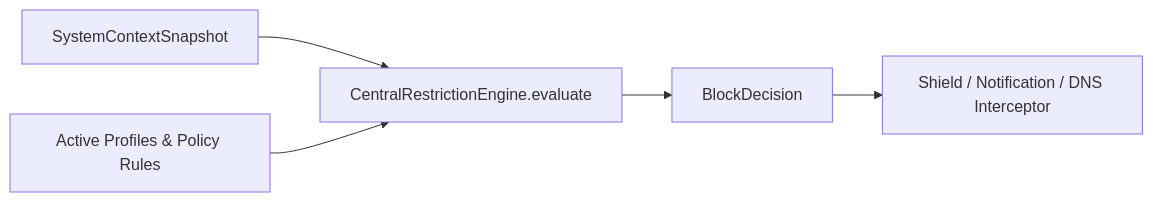
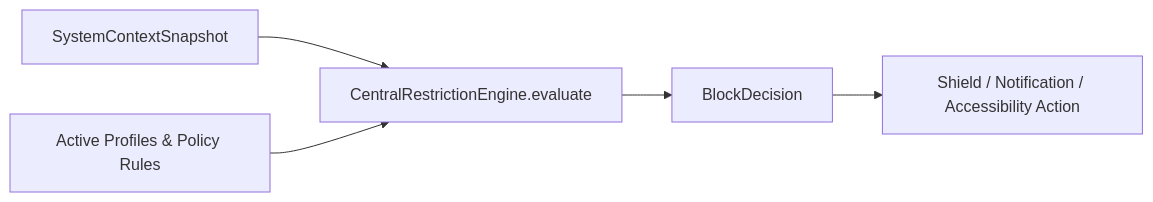
One commit to vinayr-07/TakeBack changed the first of 2 diagrams in docs/restriction-engine-specification.md. Above: the diagram before and after it, drawn with Mermaid. The commit also changed other lines of this file and 20 other files, not shown here.

````diff
--- a/docs/restriction-engine-specification.md
+++ b/docs/restriction-engine-specification.md
@@ -17,7 +17,7 @@
 ```mermaid
 flowchart LR
     Snapshot[SystemContextSnapshot] --> Engine[CentralRestrictionEngine.evaluate]
     Rules[Active Profiles & Policy Rules] --> Engine
     Engine --> Decision[BlockDecision]
-    Decision --> Enforcement[Shield / Notification / DNS Interceptor]
+    Decision --> Enforcement[Shield / Notification / Accessibility Action]
 ```
````
